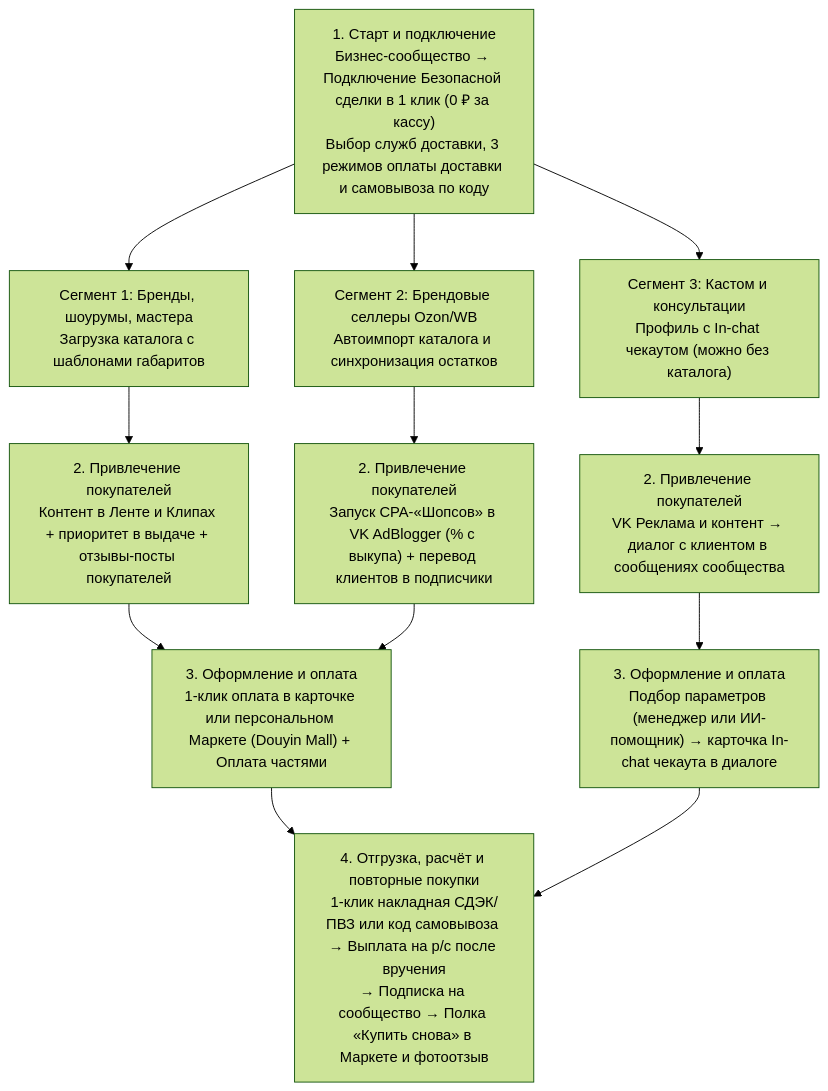
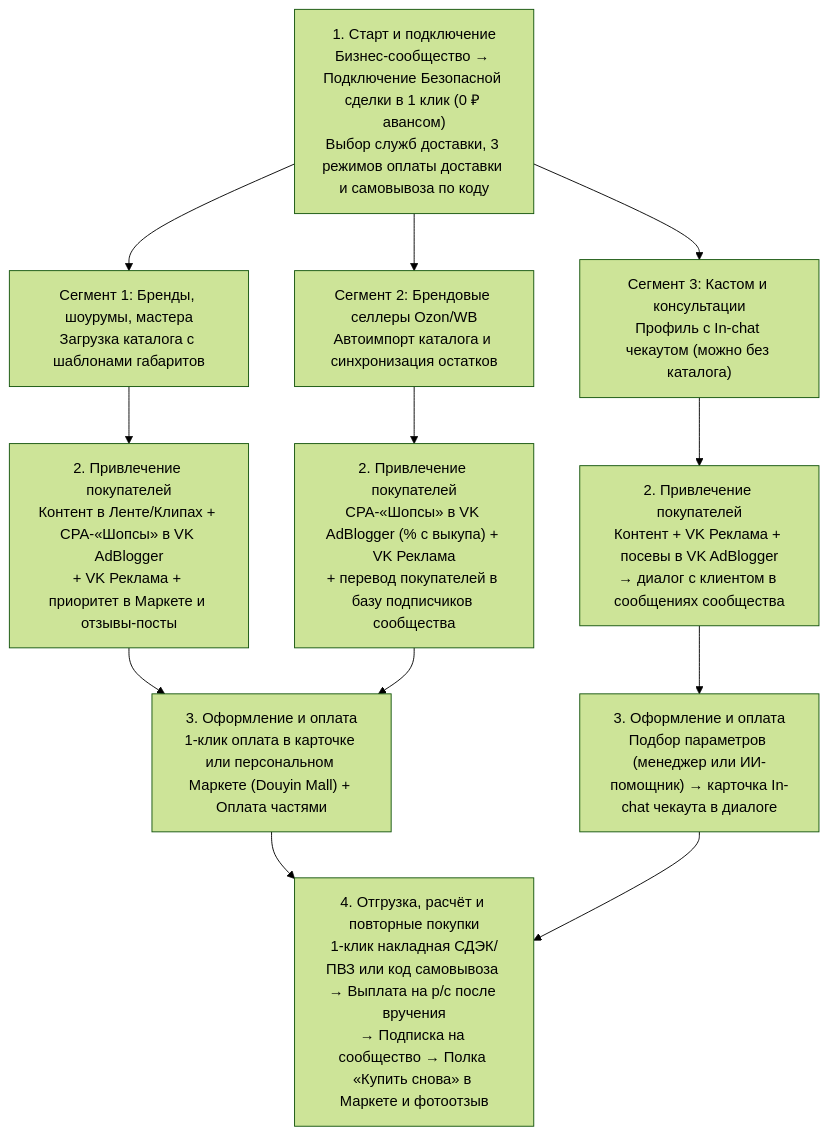
One commit to Isnob/404_vk_case_champ_2026 changed the diagram in docs/strategy_social_commerce_vk.md. Above: the diagram before and after it, drawn with Mermaid (forest theme). The commit also changed other lines of this file, not shown here.

Commit message:
docs(strategy): fix 7 logical inconsistencies (break-even math, CJM AdBlogger, Market filter, roadmap)

````diff
--- a/docs/strategy_social_commerce_vk.md
+++ b/docs/strategy_social_commerce_vk.md
@@ -161,17 +161,17 @@
 ```mermaid
 flowchart TD
-    A["1. Старт и подключение<br/>Бизнес-сообщество → Подключение Безопасной сделки в 1 клик (0 ₽ за кассу)<br/>Выбор служб доставки, 3 режимов оплаты доставки и самовывоза по коду"] --> S1["Сегмент 1: Бренды, шоурумы, мастера<br/>Загрузка каталога с шаблонами габаритов"]
+    A["1. Старт и подключение<br/>Бизнес-сообщество → Подключение Безопасной сделки в 1 клик (0 ₽ авансом)<br/>Выбор служб доставки, 3 режимов оплаты доставки и самовывоза по коду"] --> S1["Сегмент 1: Бренды, шоурумы, мастера<br/>Загрузка каталога с шаблонами габаритов"]
     A --> S2["Сегмент 2: Брендовые селлеры Ozon/WB<br/>Автоимпорт каталога и синхронизация остатков"]
     A --> S3["Сегмент 3: Кастом и консультации<br/>Профиль с In-chat чекаутом (можно без каталога)"]
 
-    S1 --> P1["2. Привлечение покупателей<br/>Контент в Ленте и Клипах + приоритет в выдаче + отзывы-посты покупателей"]
-    S2 --> P2["2. Привлечение покупателей<br/>Запуск CPA-«Шопсов» в VK AdBlogger (% с выкупа) + перевод клиентов в подписчики"]
-    S3 --> P3["2. Привлечение покупателей<br/>VK Реклама и контент → диалог с клиентом в сообщениях сообщества"]
+    S1 --> P1["2. Привлечение покупателей<br/>Контент в Ленте/Клипах + CPA-«Шопсы» в VK AdBlogger<br/>+ VK Реклама + приоритет в Маркете и отзывы-посты"]
+    S2 --> P2["2. Привлечение покупателей<br/>CPA-«Шопсы» в VK AdBlogger (% с выкупа) + VK Реклама<br/>+ перевод покупателей в базу подписчиков сообщества"]
+    S3 --> P3["2. Привлечение покупателей<br/>Контент + VK Реклама + посевы в VK AdBlogger<br/>→ диалог с клиентом в сообщениях сообщества"]
 
     P1 --> C1["3. Оформление и оплата<br/>1-клик оплата в карточке или персональном Маркете (Douyin Mall) + Оплата частями"]
     P2 --> C1
     P3 --> C2["3. Оформление и оплата<br/>Подбор параметров (менеджер или ИИ-помощник) → карточка In-chat чекаута в диалоге"]
 
     C1 --> D["4. Отгрузка, расчёт и повторные покупки<br/>1-клик накладная СДЭК/ПВЗ или код самовывоза → Выплата на р/с после вручения<br/>→ Подписка на сообщество → Полка «Купить снова» в Маркете и фотоотзыв"]
     C2 --> D
 ```
````
